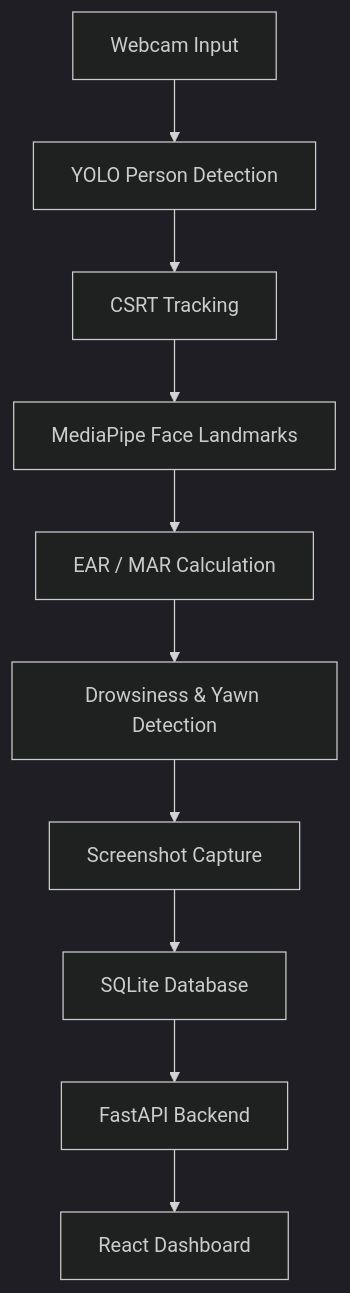
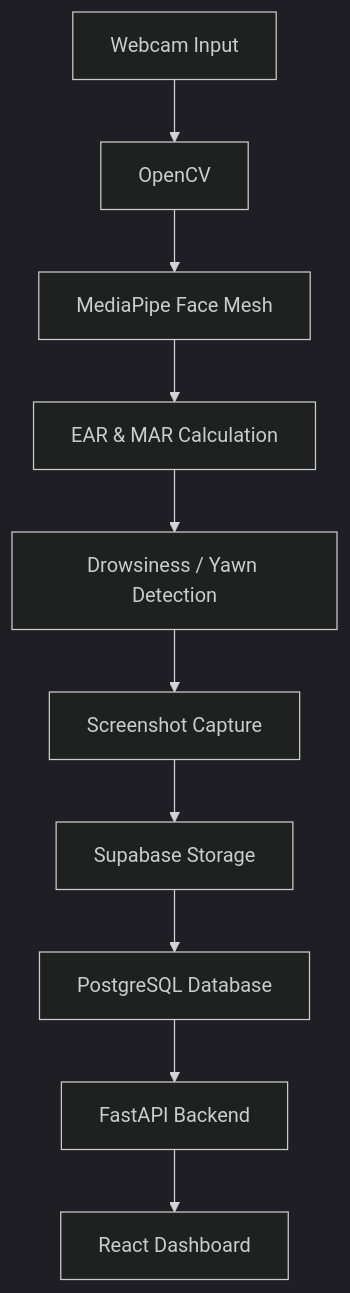
The diagram in README.md (yashkumar57/driver_monitoring_system), drawn with Mermaid (dark theme) before and after one commit. The commit also changed other lines of this file, not shown here.

````diff
--- a/README.md
+++ b/README.md
@@ -48,13 +68,13 @@
 ```mermaid
 flowchart TD
     A[Webcam Input]
-    --> B[YOLO Person Detection]
-    --> C[CSRT Tracking]
-    --> D[MediaPipe Face Landmarks]
-    --> E[EAR / MAR Calculation]
-    --> F[Drowsiness & Yawn Detection]
-    --> G[Screenshot Capture]
-    --> H[SQLite Database]
+    --> B[OpenCV]
+    --> C[MediaPipe Face Mesh]
+    --> D[EAR & MAR Calculation]
+    --> E[Drowsiness / Yawn Detection]
+    --> F[Screenshot Capture]
+    --> G[Supabase Storage]
+    --> H[PostgreSQL Database]
     --> I[FastAPI Backend]
     --> J[React Dashboard]
 ```
````
